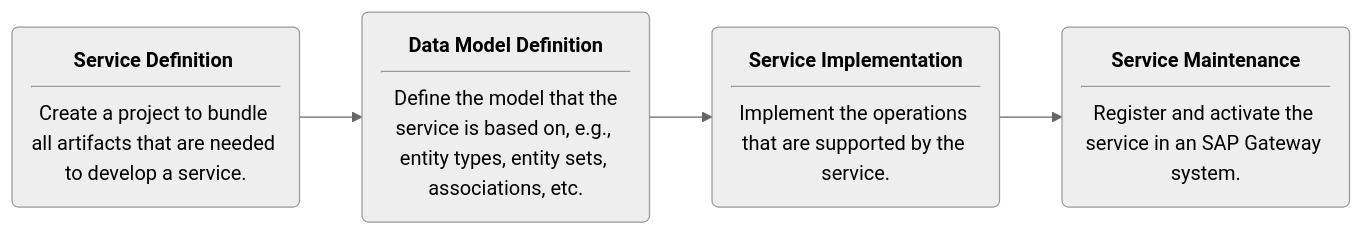
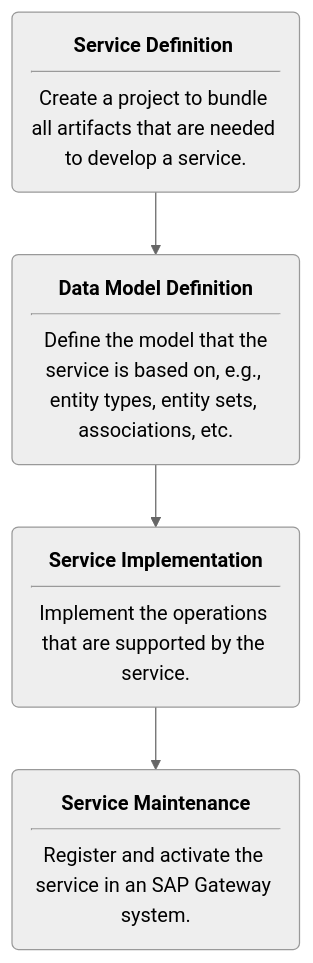
Before and after one commit to theobald-software/helpcenter.theobald-software.github.io: the diagram in projects/xtract-universal/docs/knowledge-base/create-odata-services-using-the-sap-gateway-builder.md, drawn with Mermaid (neutral theme).

Commit message:
small change

````diff
--- a/projects/xtract-universal/docs/knowledge-base/create-odata-services-using-the-sap-gateway-builder.md
+++ b/projects/xtract-universal/docs/knowledge-base/create-odata-services-using-the-sap-gateway-builder.md
@@ -27,6 +27,6 @@
 ``` mermaid
-graph LR
+graph TD
   A(<b>Service Definition</b> <br><hr>Create a project to bundle all artifacts that are needed to develop a service.) --> B(<b>Data Model Definition</b><br><hr> Define the model that the service is based on, e.g., entity types, entity sets, associations, etc.);
   B -->C(<b>Service Implementation</b><br><hr>Implement the operations that are supported by the service.);
   C --> D(<b>Service Maintenance</b><br><hr>Register and activate the service in an SAP Gateway system.);
 ```
````
